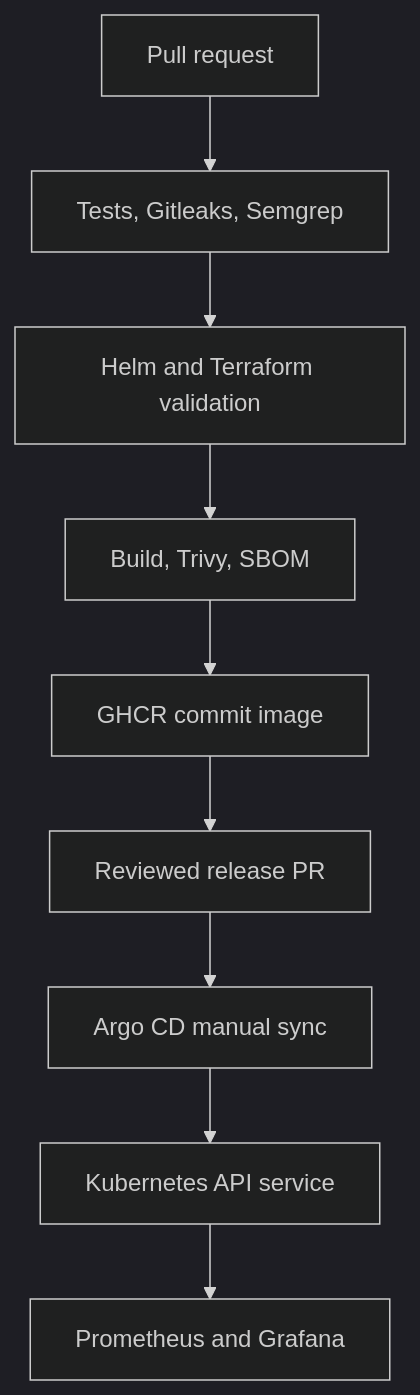
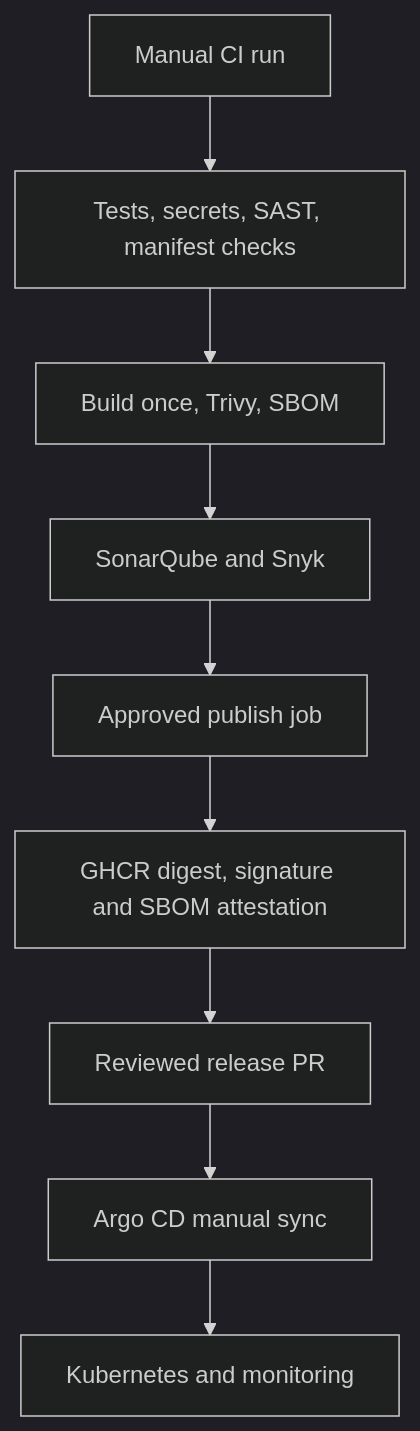
One commit to Vishnu063/devops_platform changed the diagram in README.md. Above: the diagram before and after it, drawn with Mermaid (dark theme). The commit also changed other lines of this file and 45 other files, not shown here.

````diff
--- a/README.md
+++ b/README.md
@@ -9,11 +9,11 @@
 ```mermaid
 flowchart TD
-  A["Pull request"] --> B["Tests, Gitleaks, Semgrep"]
-  B --> C["Helm and Terraform validation"]
-  C --> D["Build, Trivy, SBOM"]
-  D --> E["GHCR commit image"]
-  E --> F["Reviewed release PR"]
-  F --> G["Argo CD manual sync"]
-  G --> H["Kubernetes API service"]
-  H --> I["Prometheus and Grafana"]
+  A["Manual CI run"] --> B["Tests, secrets, SAST, manifest checks"]
+  B --> C["Build once, Trivy, SBOM"]
+  C --> D["SonarQube and Snyk"]
+  D --> E["Approved publish job"]
+  E --> F["GHCR digest, signature and SBOM attestation"]
+  F --> G["Reviewed release PR"]
+  G --> H["Argo CD manual sync"]
+  H --> I["Kubernetes and monitoring"]
 ```
````
